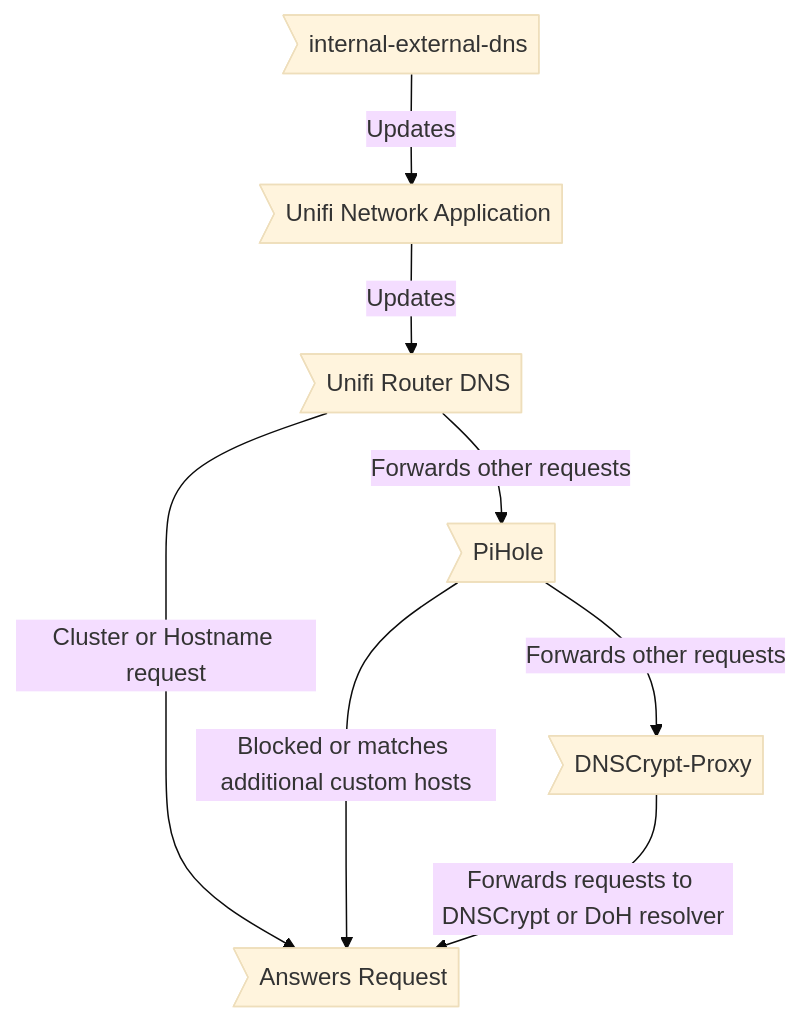
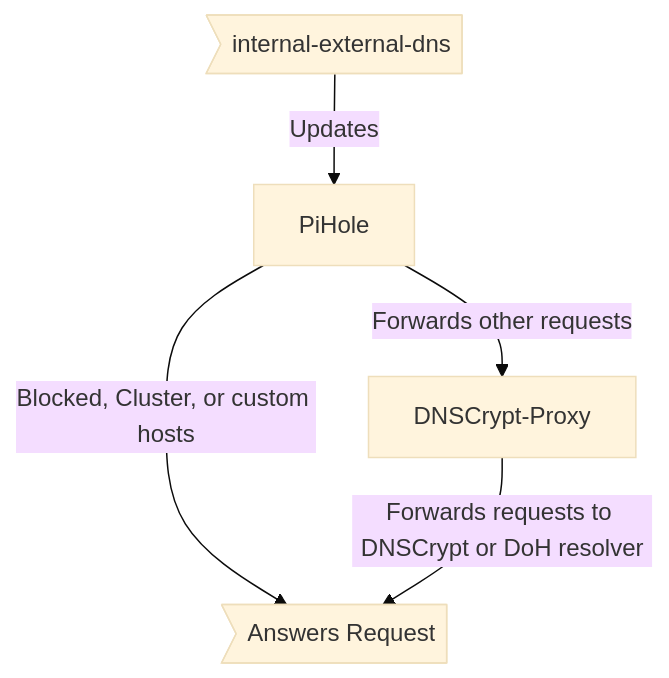
The third of 3 diagrams in README.md (tholinka/home-ops), drawn with Mermaid (base theme) before and after one commit. The commit also changed other lines of this file and 10 other files, not shown here.

````diff
--- a/README.md
+++ b/README.md
@@ -145,11 +144,8 @@
 ```mermaid
 graph TD
-  A>internal-external-dns] -->|Updates|B0
-  B0>Unifi Network Application] -->|Updates|B
-  B>Unifi Router DNS] -->|Cluster or Hostname request|C
+  A>internal-external-dns] -->|Updates|D
   C>Answers Request]
-  B>Unifi Router DNS] -->|Forwards other requests|D
-  D>PiHole] -->|Blocked or matches additional custom hosts|C
-  D>PiHole] -->|Forwards other requests|E[DNSCrypt-Proxy]
-  E>DNSCrypt-Proxy] -->|Forwards requests to DNSCrypt or DoH resolver|C
+  D[PiHole] -->|Blocked, Cluster, or custom hosts|C
+  D -->|Forwards other requests|E[DNSCrypt-Proxy]
+  E[DNSCrypt-Proxy] -->|Forwards requests to DNSCrypt or DoH resolver|C
 ```
````
